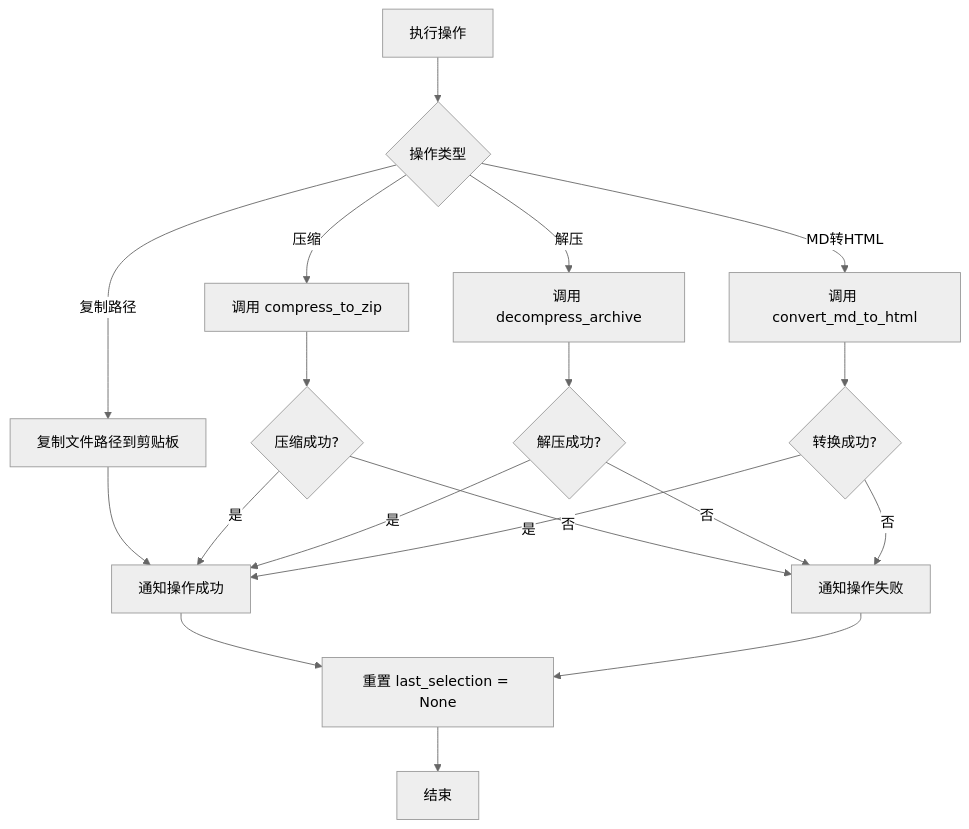
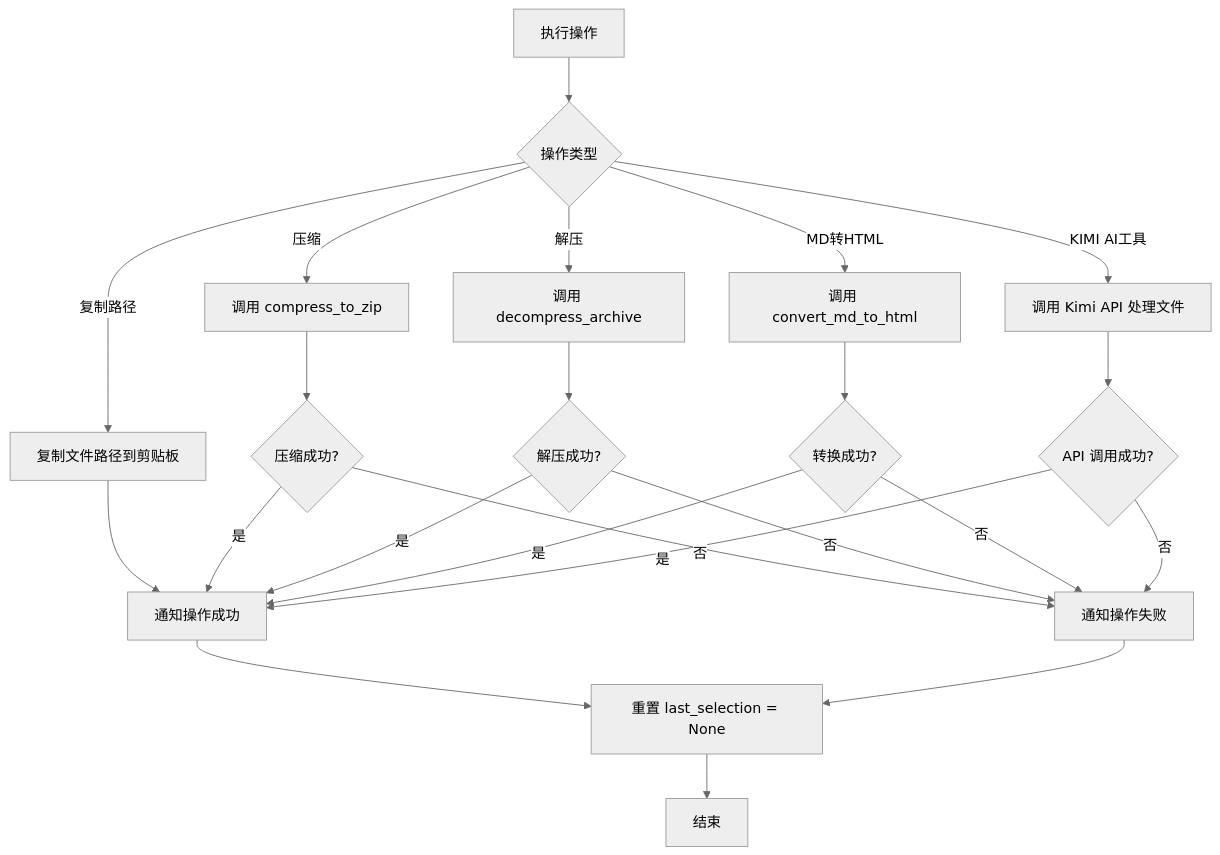
Before and after one commit to zhangs-cedar/mac-commondX: the sixth of 7 diagrams in 流程图.md, drawn with Mermaid (neutral theme). The commit also changed other lines of this file, not shown here.

Commit message:
feat: 添加 KIMI AI工具支持，增强文件处理功能和用户体验

````diff
--- a/流程图.md
+++ b/流程图.md
@@ -137,25 +139,29 @@
 ```mermaid
 flowchart TD
     StartNode["执行操作"] --> CheckOperation{"操作类型"}
     
     CheckOperation -->|"复制路径"| CopyPaths["复制文件路径到剪贴板"]
     CheckOperation -->|"压缩"| Compress["调用 compress_to_zip"]
     CheckOperation -->|"解压"| Decompress["调用 decompress_archive"]
     CheckOperation -->|"MD转HTML"| MdToHtml["调用 convert_md_to_html"]
+    CheckOperation -->|"KIMI AI工具"| KimiAi["调用 Kimi API 处理文件"]
     
     CopyPaths --> NotifySuccess["通知操作成功"]
     Compress --> CheckCompress{"压缩成功?"}
     Decompress --> CheckDecompress{"解压成功?"}
     MdToHtml --> CheckMdHtml{"转换成功?"}
+    KimiAi --> CheckKimiAi{"API 调用成功?"}
     
     CheckCompress -->|"是"| NotifySuccess
     CheckCompress -->|"否"| NotifyFail["通知操作失败"]
     CheckDecompress -->|"是"| NotifySuccess
     CheckDecompress -->|"否"| NotifyFail
     CheckMdHtml -->|"是"| NotifySuccess
     CheckMdHtml -->|"否"| NotifyFail
+    CheckKimiAi -->|"是"| NotifySuccess
+    CheckKimiAi -->|"否"| NotifyFail
     
     NotifySuccess --> ResetLastSelection["重置 last_selection = None"]
     NotifyFail --> ResetLastSelection
     ResetLastSelection --> EndNode["结束"]
 ```
````
